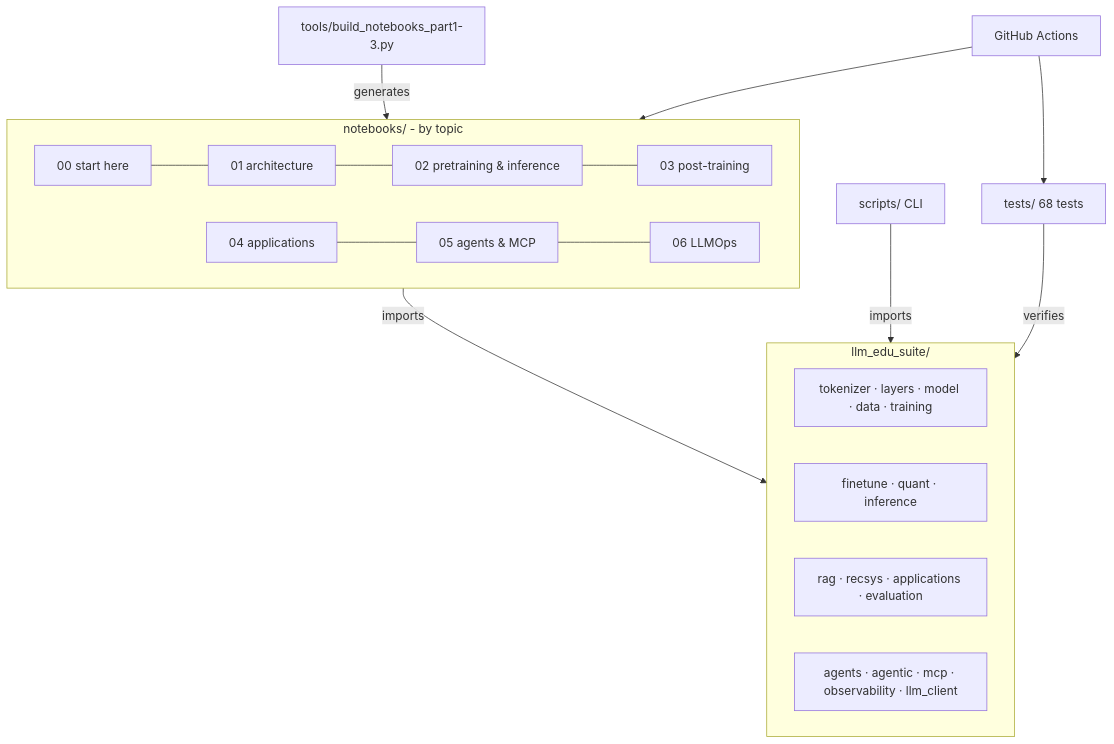
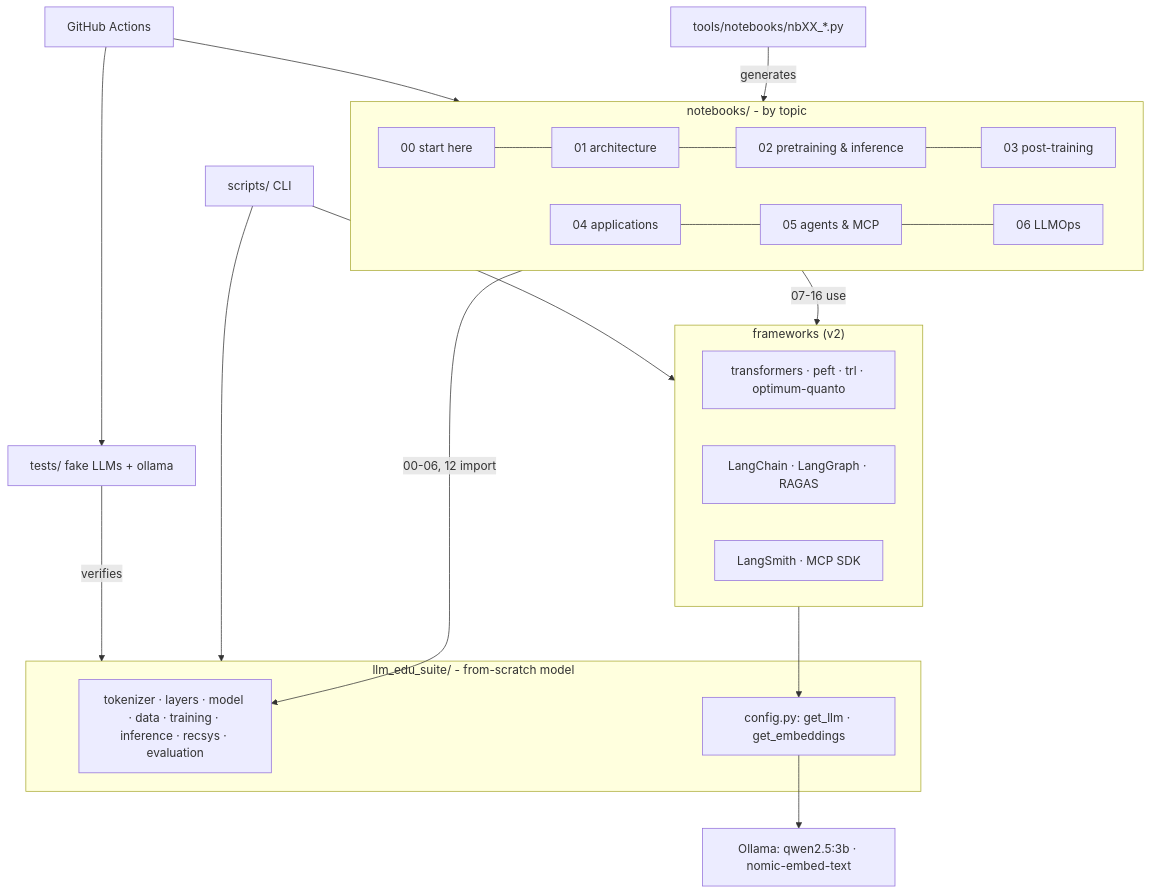
The diagram in docs/en/case_study.md (ZoodiacR/llm-edu-suite), drawn with Mermaid before and after one commit. The commit also changed other lines of this file and 30 other files, not shown here.

````diff
--- a/docs/en/case_study.md
+++ b/docs/en/case_study.md
@@ -34,19 +36,26 @@
 ```mermaid
 flowchart TB
     subgraph NB[notebooks/ - by topic]
         A0[00 start here] --- A1[01 architecture] --- A2[02 pretraining & inference] --- A3[03 post-training]
         A4[04 applications] --- A5[05 agents & MCP] --- A6[06 LLMOps]
     end
-    subgraph PKG[llm_edu_suite/]
-        core[tokenizer · layers · model · data · training]
-        post[finetune · quant · inference]
-        apps[rag · recsys · applications · evaluation]
-        agt[agents · agentic · mcp · observability · llm_client]
+    subgraph PKG[llm_edu_suite/ - from-scratch model]
+        core[tokenizer · layers · model · data · training · inference · recsys · evaluation]
+        cfg["config.py: get_llm · get_embeddings"]
     end
-    GEN[tools/build_notebooks_part1-3.py] -->|generates| NB
-    NB -->|imports| PKG
-    SCR[scripts/ CLI] -->|imports| PKG
-    TST[tests/ 68 tests] -->|verifies| PKG
+    subgraph FW["frameworks (v2)"]
+        hf[transformers · peft · trl · optimum-quanto]
+        lc[LangChain · LangGraph · RAGAS]
+        ops[LangSmith · MCP SDK]
+    end
+    OLL["Ollama: qwen2.5:3b · nomic-embed-text"]
+    GEN[tools/notebooks/nbXX_*.py] -->|generates| NB
+    NB -->|00-06, 12 import| core
+    NB -->|07-16 use| FW
+    FW --> cfg --> OLL
+    SCR[scripts/ CLI] --> PKG
+    SCR --> FW
+    TST["tests/ fake LLMs + ollama"] -->|verifies| PKG
     CI[GitHub Actions] --> TST
     CI --> NB
 ```
````
